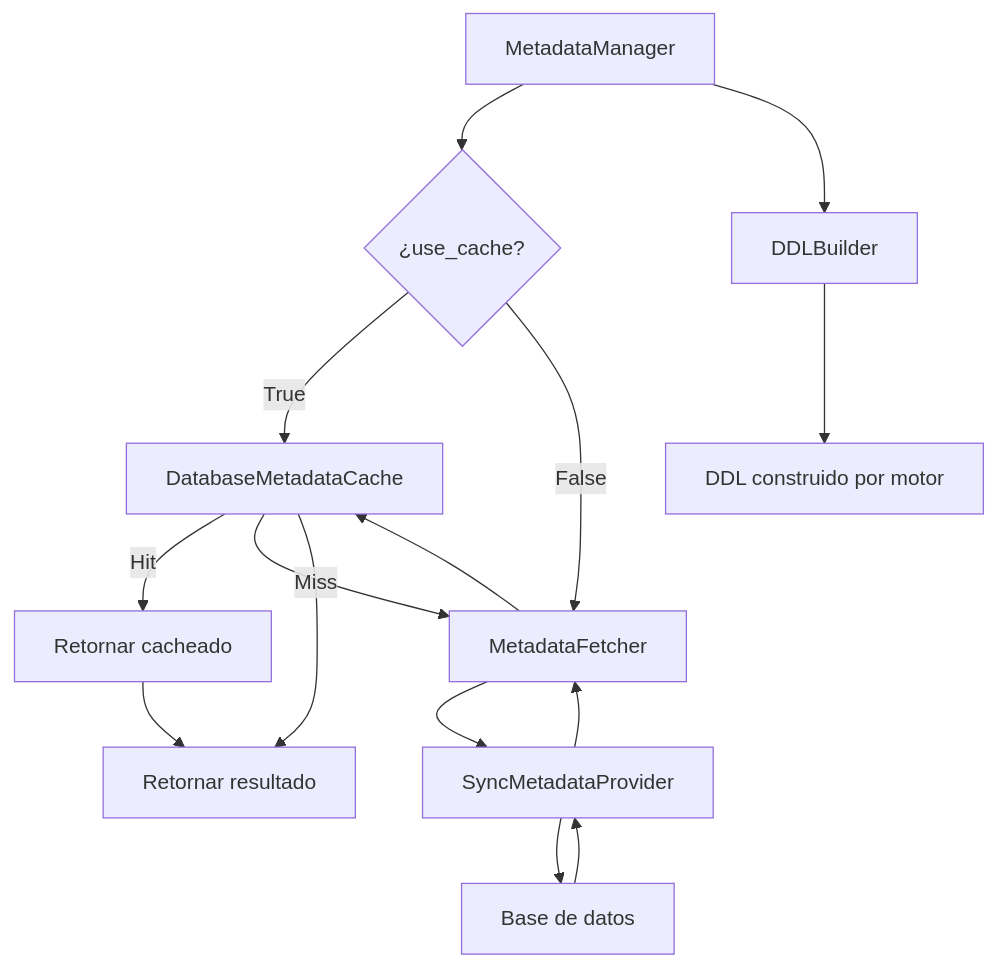
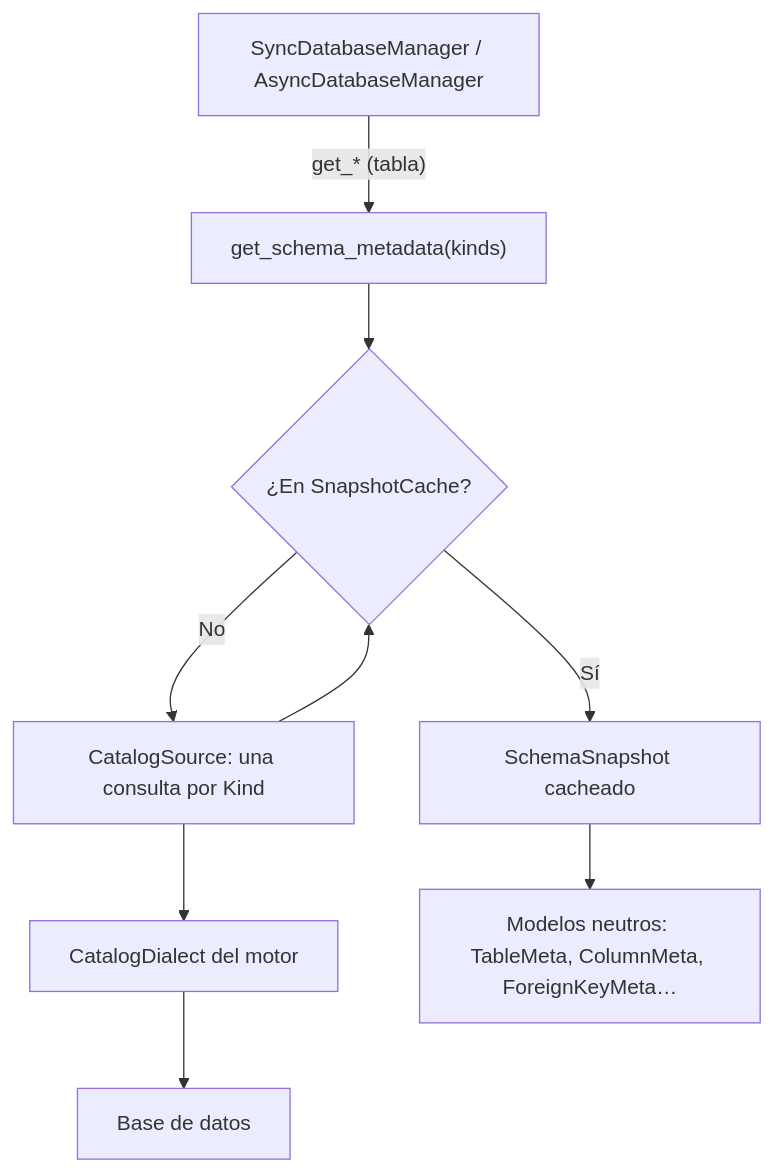
Before and after one commit to fmanza/util_bbdd: the diagram in docs/api/metadata_manager.md, drawn with Mermaid. The commit also changed other lines of this file and 88 other files, not shown here.

````diff
--- a/docs/api/metadata_manager.md
+++ b/docs/api/metadata_manager.md
@@ -7,17 +10,11 @@
 ```mermaid
 flowchart TD
-    A[MetadataManager] --> B{¿use_cache?}
-    B -->|True| C[DatabaseMetadataCache]
-    C -->|Hit| D[Retornar cacheado]
-    C -->|Miss| E[MetadataFetcher]
-    B -->|False| E
-    E --> F[SyncMetadataProvider]
+    A["SyncDatabaseManager / AsyncDatabaseManager"] -->|"get_* (tabla)"| B["get_schema_metadata(kinds)"]
+    B --> C{"¿En SnapshotCache?"}
+    C -->|Sí| D[SchemaSnapshot cacheado]
+    C -->|No| E["CatalogSource: una consulta por Kind"]
+    E --> F["CatalogDialect del motor"]
     F --> G[Base de datos]
-    G --> F
-    F --> E
     E --> C
-    C --> H[Retornar resultado]
-    D --> H
-    A --> I[DDLBuilder]
-    I --> J[DDL construido por motor]
+    D --> H["Modelos neutros: TableMeta, ColumnMeta, ForeignKeyMeta…"]
 ```
````
